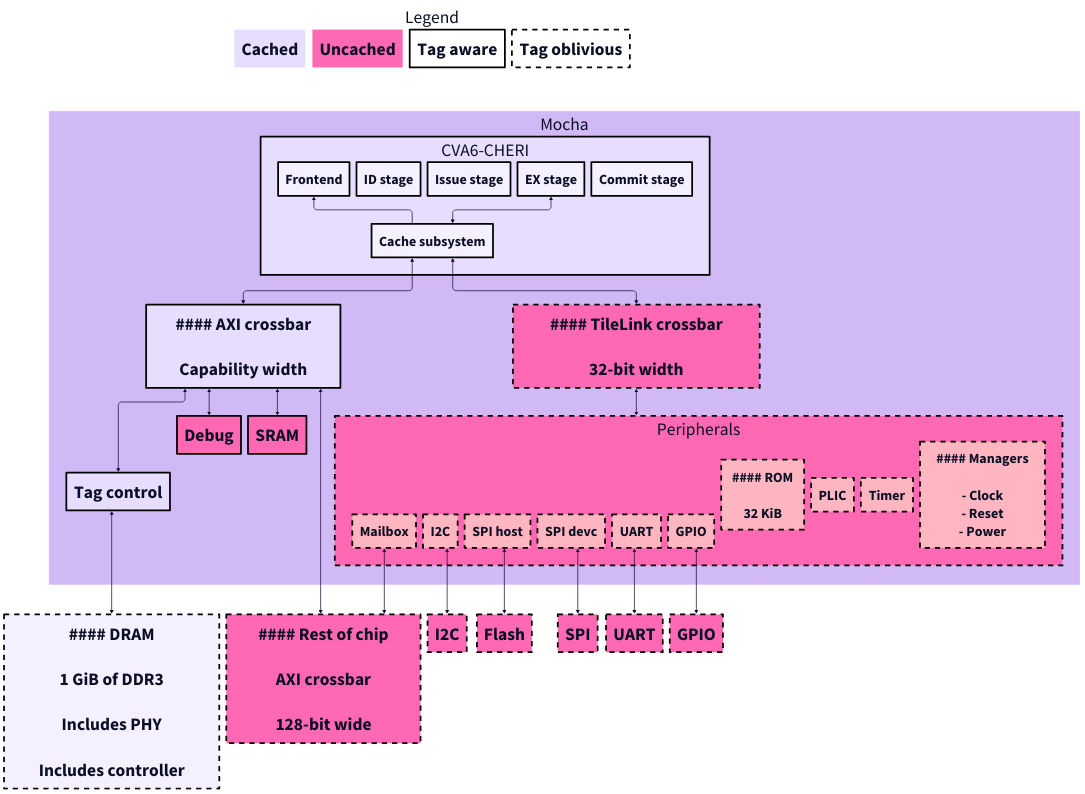
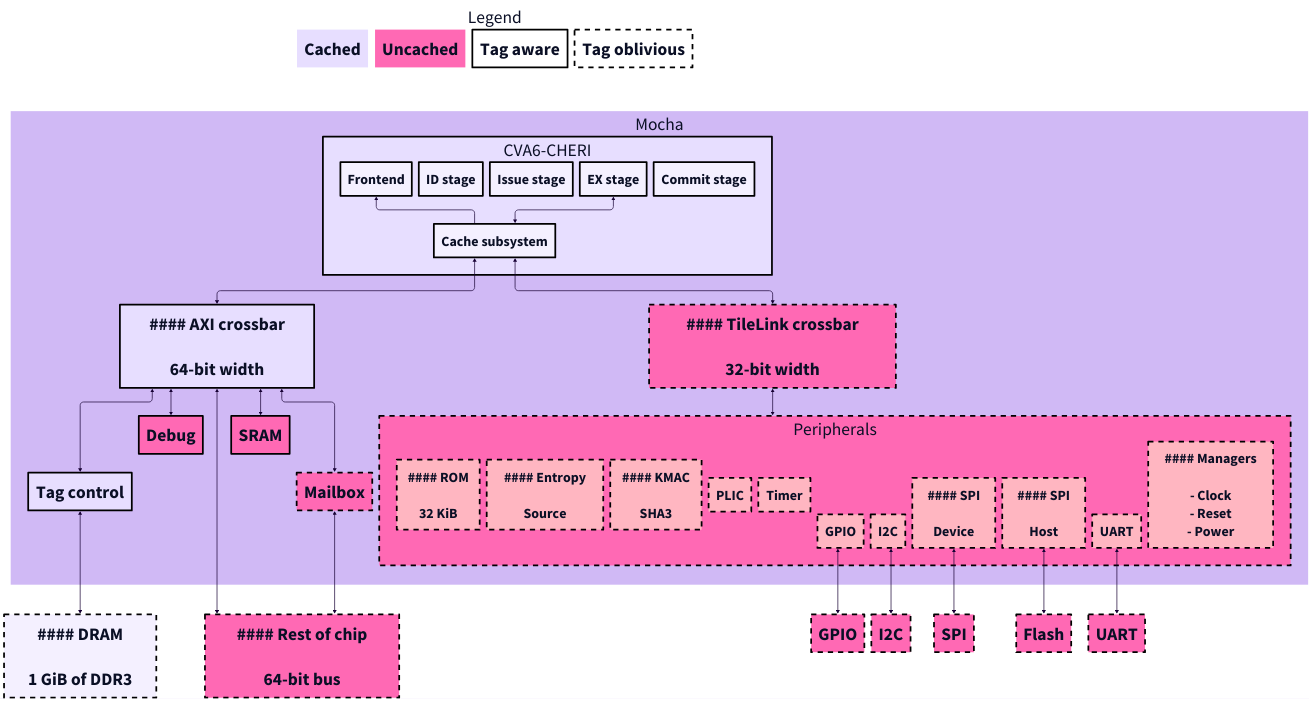
Before and after one commit to lowRISC/mocha: the diagram in doc/img/mocha.d2, drawn with D2. The commit also changed 1 other file, not shown here.

Commit message:
[doc] Architecture update
This makes a number of important changes to the architecture diagram:
- It include KMAC which provides the SHA3 for ROM control to use.
- Some visual changes like putting host and device on the next line.
- Alphebetize the peripherals.
- Move Mailbox out of the TileLink and onto the AXI bus as we are likely
  to use that instead.
- Correct the AXI width from 128 to 64 bits.

```diff
--- a/doc/img/mocha.d2
+++ b/doc/img/mocha.d2
@@ -10,10 +10,6 @@
     #### DRAM
 
     1 GiB of DDR3
-
-    Includes PHY
-
-    Includes controller
 |
 dram.shape: rectangle
 dram.style.stroke-dash: 3
@@ -52,7 +48,7 @@
     axi: |md
         #### AXI crossbar
 
-        Capability width
+        64-bit width
     |
     axi.shape: rectangle
 
@@ -75,26 +71,11 @@
     Debug.style.fill: hotpink
     axi <-> SRAM
     SRAM.style.fill: hotpink
+    axi <-> Mailbox
+    Mailbox.style.fill:hotpink
+    Mailbox.style.stroke-dash: 3
 
     Peripherals {
-        Mailbox
-        Mailbox.style.fill:lightpink
-        Mailbox.style.stroke-dash: 3
-        I2C
-        I2C.style.fill: lightpink
-        I2C.style.stroke-dash: 3
-        SPI host
-        SPI host.style.fill: lightpink
-        SPI host.style.stroke-dash: 3
-        SPI devc
-        SPI devc.style.fill: lightpink
-        SPI devc.style.stroke-dash: 3
-        UART
-        UART.style.fill: lightpink
-        UART.style.stroke-dash: 3
-        GPIO
-        GPIO.style.fill: lightpink
-        GPIO.style.stroke-dash: 3
         rom: |md
             #### ROM
 
@@ -103,12 +84,53 @@
         rom.shape: rectangle
         rom.style.fill: lightpink
         rom.style.stroke-dash: 3
+        entropy: |md
+            #### Entropy
+
+            Source
+        |
+        entropy.shape: rectangle
+        entropy.style.fill: lightpink
+        entropy.style.stroke-dash: 3
+        kmac: |md
+            #### KMAC
+
+            SHA3
+        |
+        kmac.shape: rectangle
+        kmac.style.fill: lightpink
+        kmac.style.stroke-dash: 3
         PLIC
         PLIC.style.fill:lightpink
         PLIC.style.stroke-dash: 3
         Timer
         Timer.style.fill: lightpink
         Timer.style.stroke-dash: 3
+        GPIO
+        GPIO.style.fill: lightpink
+        GPIO.style.stroke-dash: 3
+        I2C
+        I2C.style.fill: lightpink
+        I2C.style.stroke-dash: 3
+        spi_dev: |md
+            #### SPI
+
+            Device
+        |
+        spi_dev.shape: rectangle
+        spi_dev.style.fill: lightpink
+        spi_dev.style.stroke-dash: 3
+        spi_host: |md
+            #### SPI
+
+            Host
+        |
+        spi_host.shape: rectangle
+        spi_host.style.fill: lightpink
+        spi_host.style.stroke-dash: 3
+        UART
+        UART.style.fill: lightpink
+        UART.style.stroke-dash: 3
         managers: |md
             #### Managers
 
@@ -131,26 +153,24 @@
 chip: |md
     #### Rest of chip
 
-    AXI crossbar
-
-    128-bit wide
+    64-bit bus
 |
 chip.shape: rectangle
 chip.style.fill: hotpink
 chip.style.stroke-dash: 3
 
-Mocha.Peripherals.SPI host <-> Flash
+Mocha.Peripherals.spi_host <-> Flash
 Flash.style.fill: hotpink
 Flash.style.stroke-dash: 3
 
 # External interfaces
 Mocha.Tag control <-> dram
 Mocha.axi <-> chip
-Mocha.Peripherals.Mailbox <-> chip
+Mocha.Mailbox <-> chip
 Mocha.Peripherals.I2C <-> I2C
 I2C.style.fill: hotpink
 I2C.style.stroke-dash: 3
-Mocha.Peripherals.SPI devc <-> SPI
+Mocha.Peripherals.spi_dev <-> SPI
 SPI.style.fill: hotpink
 SPI.style.stroke-dash: 3
 Mocha.Peripherals.UART <-> UART
```
